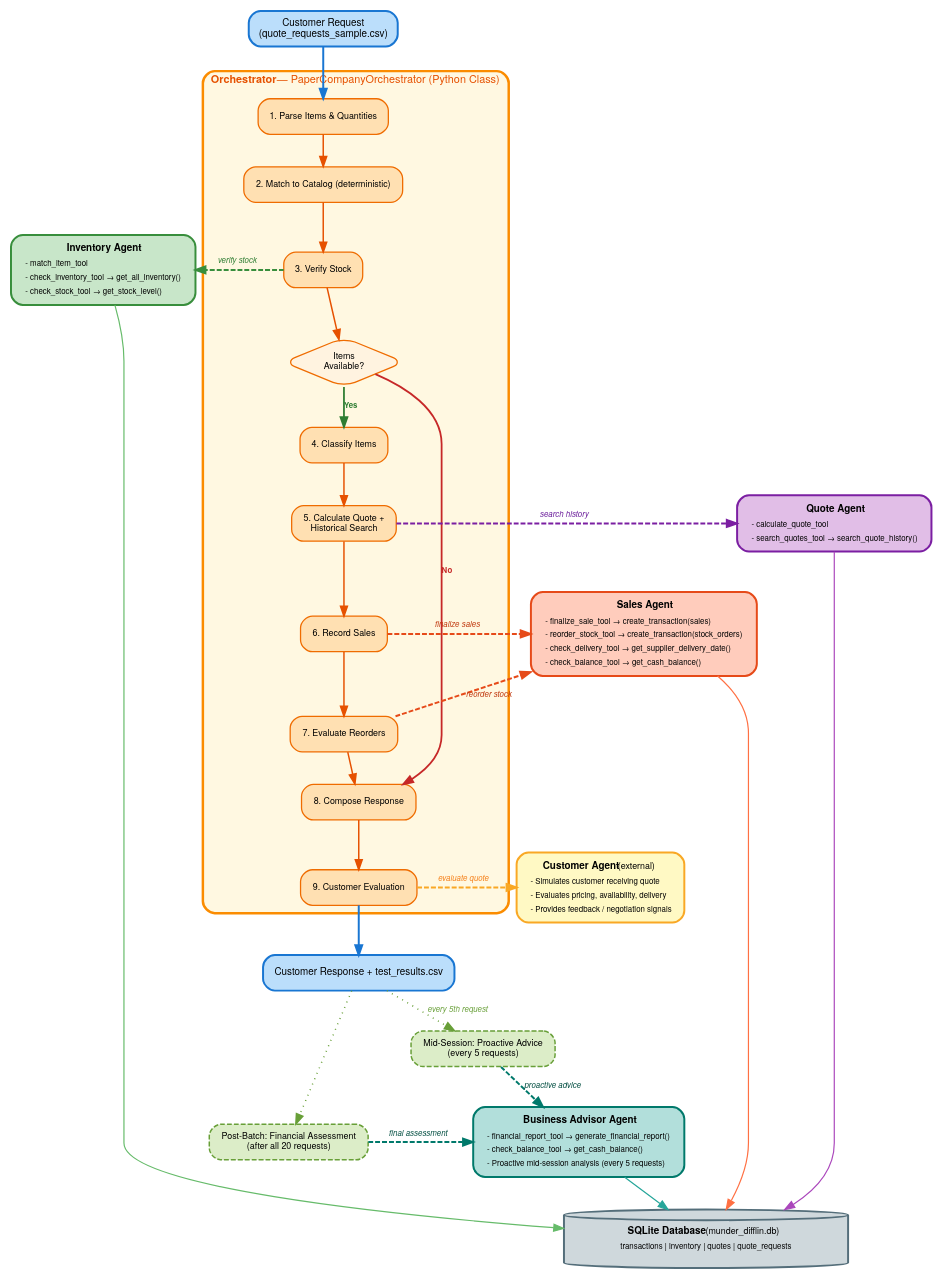
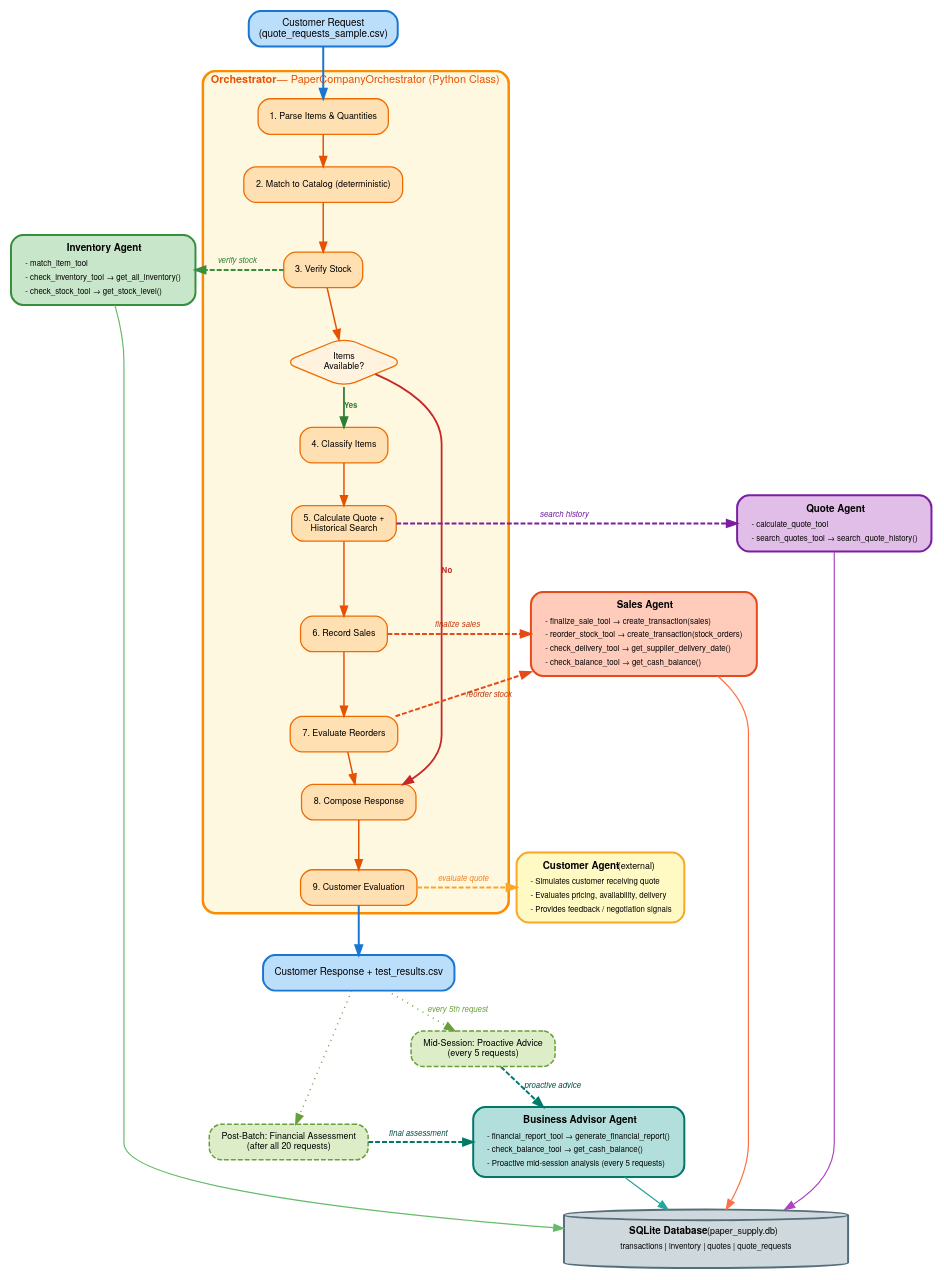
Before and after one commit to trwilcoxson/beaver-choice-paper-multi-agent: the diagram in project/workflow_diagram.dot, drawn with Graphviz. The commit also changed 5 other files, not shown here.

```diff
--- a/project/workflow_diagram.dot
+++ b/project/workflow_diagram.dot
@@ -1,144 +1,144 @@
 digraph G {
     rankdir=TB;
     fontname="Helvetica Neue";
     nodesep=0.6;
     ranksep=0.45;
     newrank=true;
 
     node [fontname="Helvetica Neue", fontsize=9, style="filled,rounded",
           shape=box, penwidth=1.3, margin="0.15,0.08"];
     edge [fontname="Helvetica Neue", fontsize=8, penwidth=1.3];
 
     // ===== INPUT =====
     CR [label="Customer Request\n(quote_requests_sample.csv)",
         fillcolor="#BBDEFB", color="#1976D2", fontsize=10, penwidth=2];
 
     // ===== ORCHESTRATOR STEPS (left column) =====
     subgraph cluster_O {
         label=<<B>Orchestrator</B> — PaperCompanyOrchestrator (Python Class)>;
         fontsize=11; fontcolor="#E65100";
         style="filled,bold,rounded"; fillcolor="#FFF8E1"; color="#FB8C00"; penwidth=2.5;
 
         O1 [label="1. Parse Items & Quantities", fillcolor="#FFE0B2", color="#EF6C00"];
         O2 [label="2. Match to Catalog (deterministic)", fillcolor="#FFE0B2", color="#EF6C00"];
         O3 [label="3. Verify Stock", fillcolor="#FFE0B2", color="#EF6C00"];
         O4 [label="Items\nAvailable?", shape=diamond, fillcolor="#FFF3E0", color="#EF6C00",
             width=1.1, height=0.7];
         O5 [label="4. Classify Items", fillcolor="#FFE0B2", color="#EF6C00"];
         O6 [label="5. Calculate Quote +\nHistorical Search", fillcolor="#FFE0B2", color="#EF6C00"];
         O7 [label="6. Record Sales", fillcolor="#FFE0B2", color="#EF6C00"];
         O8 [label="7. Evaluate Reorders", fillcolor="#FFE0B2", color="#EF6C00"];
         O9 [label="8. Compose Response", fillcolor="#FFE0B2", color="#EF6C00"];
         O10 [label="9. Customer Evaluation", fillcolor="#FFE0B2", color="#EF6C00"];
 
         O1 -> O2 -> O3 -> O4 [color="#E65100", penwidth=1.5];
         O4 -> O5 [label=<<FONT COLOR="#2E7D32"><B> Yes </B></FONT>>, color="#2E7D32", penwidth=1.8];
         O4 -> O9 [label=<<FONT COLOR="#C62828"><B> No </B></FONT>>, color="#C62828", penwidth=1.8];
         O5 -> O6 -> O7 -> O8 -> O9 -> O10 [color="#E65100", penwidth=1.5];
     }
 
     // ===== AGENT NODES (right column, aligned with calling steps) =====
     INV [label=<<TABLE BORDER="0" CELLBORDER="0" CELLSPACING="1">
         <TR><TD><B><FONT POINT-SIZE="10">Inventory Agent</FONT></B></TD></TR>
         <TR><TD ALIGN="LEFT"><FONT POINT-SIZE="8">- match_item_tool</FONT></TD></TR>
         <TR><TD ALIGN="LEFT"><FONT POINT-SIZE="8">- check_inventory_tool → get_all_inventory()</FONT></TD></TR>
         <TR><TD ALIGN="LEFT"><FONT POINT-SIZE="8">- check_stock_tool → get_stock_level()</FONT></TD></TR>
         </TABLE>>,
         fillcolor="#C8E6C9", color="#388E3C", penwidth=2];
 
     QUO [label=<<TABLE BORDER="0" CELLBORDER="0" CELLSPACING="1">
         <TR><TD><B><FONT POINT-SIZE="10">Quote Agent</FONT></B></TD></TR>
         <TR><TD ALIGN="LEFT"><FONT POINT-SIZE="8">- calculate_quote_tool</FONT></TD></TR>
         <TR><TD ALIGN="LEFT"><FONT POINT-SIZE="8">- search_quotes_tool → search_quote_history()</FONT></TD></TR>
         </TABLE>>,
         fillcolor="#E1BEE7", color="#7B1FA2", penwidth=2];
 
     SAL [label=<<TABLE BORDER="0" CELLBORDER="0" CELLSPACING="1">
         <TR><TD><B><FONT POINT-SIZE="10">Sales Agent</FONT></B></TD></TR>
         <TR><TD ALIGN="LEFT"><FONT POINT-SIZE="8">- finalize_sale_tool → create_transaction(sales)</FONT></TD></TR>
         <TR><TD ALIGN="LEFT"><FONT POINT-SIZE="8">- reorder_stock_tool → create_transaction(stock_orders)</FONT></TD></TR>
         <TR><TD ALIGN="LEFT"><FONT POINT-SIZE="8">- check_delivery_tool → get_supplier_delivery_date()</FONT></TD></TR>
         <TR><TD ALIGN="LEFT"><FONT POINT-SIZE="8">- check_balance_tool → get_cash_balance()</FONT></TD></TR>
         </TABLE>>,
         fillcolor="#FFCCBC", color="#E64A19", penwidth=2];
 
     CUS [label=<<TABLE BORDER="0" CELLBORDER="0" CELLSPACING="1">
         <TR><TD><B><FONT POINT-SIZE="10">Customer Agent</FONT></B> (external)</TD></TR>
         <TR><TD ALIGN="LEFT"><FONT POINT-SIZE="8">- Simulates customer receiving quote</FONT></TD></TR>
         <TR><TD ALIGN="LEFT"><FONT POINT-SIZE="8">- Evaluates pricing, availability, delivery</FONT></TD></TR>
         <TR><TD ALIGN="LEFT"><FONT POINT-SIZE="8">- Provides feedback / negotiation signals</FONT></TD></TR>
         </TABLE>>,
         fillcolor="#FFF9C4", color="#F9A825", penwidth=2];
 
     ADV [label=<<TABLE BORDER="0" CELLBORDER="0" CELLSPACING="1">
         <TR><TD><B><FONT POINT-SIZE="10">Business Advisor Agent</FONT></B></TD></TR>
         <TR><TD ALIGN="LEFT"><FONT POINT-SIZE="8">- financial_report_tool → generate_financial_report()</FONT></TD></TR>
         <TR><TD ALIGN="LEFT"><FONT POINT-SIZE="8">- check_balance_tool → get_cash_balance()</FONT></TD></TR>
         <TR><TD ALIGN="LEFT"><FONT POINT-SIZE="8">- Proactive mid-session analysis (every 5 requests)</FONT></TD></TR>
         </TABLE>>,
         fillcolor="#B2DFDB", color="#00796B", penwidth=2];
 
     // ===== DATABASE =====
     DB [label=<<TABLE BORDER="0" CELLBORDER="0" CELLSPACING="1">
-        <TR><TD><B><FONT POINT-SIZE="10">SQLite Database</FONT></B> (munder_difflin.db)</TD></TR>
+        <TR><TD><B><FONT POINT-SIZE="10">SQLite Database</FONT></B> (paper_supply.db)</TD></TR>
         <TR><TD><FONT POINT-SIZE="8">transactions | inventory | quotes | quote_requests</FONT></TD></TR>
         </TABLE>>,
         shape=cylinder, fillcolor="#CFD8DC", color="#546E7A", penwidth=2,
         width=4, height=0.7];
 
     // ===== OUTPUT =====
     OUT [label="Customer Response + test_results.csv",
          fillcolor="#BBDEFB", color="#1976D2", fontsize=10, penwidth=2];
 
     PB [label="Post-Batch: Financial Assessment\n(after all 20 requests)",
         fillcolor="#DCEDC8", color="#689F38", penwidth=1.5, fontsize=9,
         style="filled,rounded,dashed"];
 
     MID [label="Mid-Session: Proactive Advice\n(every 5 requests)",
          fillcolor="#DCEDC8", color="#689F38", penwidth=1.5, fontsize=9,
          style="filled,rounded,dashed"];
 
     // ===== RANK ALIGNMENT (step <-> agent on same row) =====
     {rank=same; O3; INV}
     {rank=same; O6; QUO}
     {rank=same; O7; SAL}
     {rank=same; O10; CUS}
     {rank=same; PB; ADV}
 
     // ===== EDGES =====
 
     // Input
     CR -> O1 [color="#1976D2", penwidth=2];
 
     // Orchestrator → Agents (dashed, color-coded, left-to-right)
     O3 -> INV [style=dashed, color="#388E3C", penwidth=2,
                label=<<I><FONT COLOR="#2E7D32"> verify stock </FONT></I>>];
     O6 -> QUO [style=dashed, color="#7B1FA2", penwidth=2,
                label=<<I><FONT COLOR="#6A1B9A"> search history </FONT></I>>];
     O7 -> SAL [style=dashed, color="#E64A19", penwidth=2,
                label=<<I><FONT COLOR="#BF360C"> finalize sales </FONT></I>>];
     O8 -> SAL [style=dashed, color="#E64A19", penwidth=2,
                label=<<I><FONT COLOR="#BF360C"> reorder stock </FONT></I>>];
     O10 -> CUS [style=dashed, color="#F9A825", penwidth=2,
                 label=<<I><FONT COLOR="#F57F17"> evaluate quote </FONT></I>>];
 
     // Post-batch → Advisor
     PB -> ADV [style=dashed, color="#00796B", penwidth=2,
                label=<<I><FONT COLOR="#004D40"> final assessment </FONT></I>>];
 
     // Mid-session → Advisor
     MID -> ADV [style=dashed, color="#00796B", penwidth=2,
                 label=<<I><FONT COLOR="#004D40"> proactive advice </FONT></I>>];
 
     // Output
     O10 -> OUT [color="#1976D2", penwidth=2];
     OUT -> MID [style=dotted, color="#689F38", penwidth=1.5,
                 label=<<I><FONT COLOR="#689F38"> every 5th request </FONT></I>>];
     OUT -> PB [style=dotted, color="#689F38", penwidth=1.5];
 
     // Agents → Database
     INV -> DB [color="#66BB6A", penwidth=1.2];
     QUO -> DB [color="#AB47BC", penwidth=1.2];
     SAL -> DB [color="#FF7043", penwidth=1.2];
     ADV -> DB [color="#26A69A", penwidth=1.2];
 }
```
